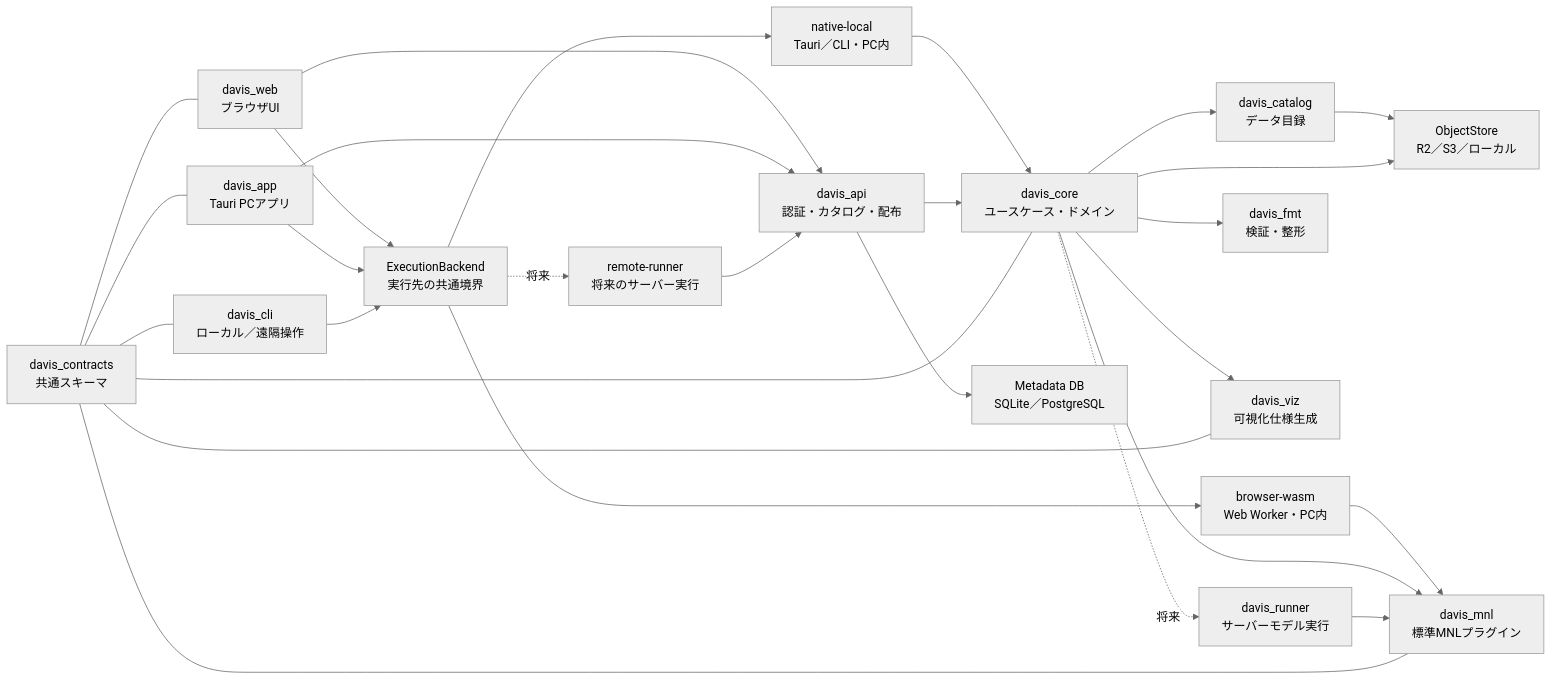
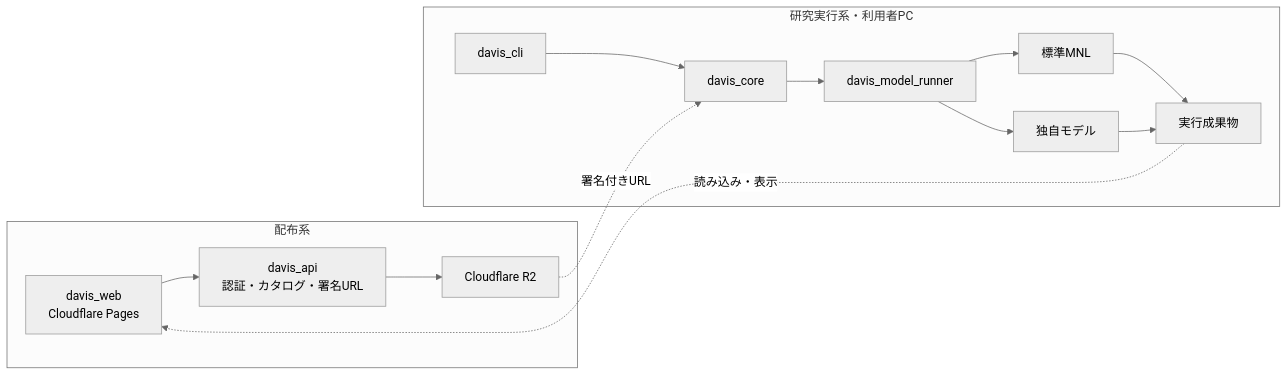
Before and after one commit to bin-utokyo/davis: the second of 2 diagrams in docs/davis-platform-concept.md, drawn with Mermaid (neutral theme). The commit also changed other lines of this file, not shown here.

````diff
--- a/docs/davis-platform-concept.md
+++ b/docs/davis-platform-concept.md
@@ -143,48 +196,24 @@
 ```mermaid
 flowchart LR
-    Web["davis_web<br/>ブラウザUI"]
-    App["davis_app<br/>Tauri PCアプリ"]
-    CLI["davis_cli<br/>ローカル／遠隔操作"]
-    Gateway["ExecutionBackend<br/>実行先の共通境界"]
-    Wasm["browser-wasm<br/>Web Worker・PC内"]
-    Native["native-local<br/>Tauri／CLI・PC内"]
-    Remote["remote-runner<br/>将来のサーバー実行"]
-    API["davis_api<br/>認証・カタログ・配布"]
-    Core["davis_core<br/>ユースケース・ドメイン"]
-    Contracts["davis_contracts<br/>共通スキーマ"]
-    Catalog["davis_catalog<br/>データ目録"]
-    Fmt["davis_fmt<br/>検証・整形"]
-    MNL["davis_mnl<br/>標準MNLプラグイン"]
-    Viz["davis_viz<br/>可視化仕様生成"]
-    Runner["davis_runner<br/>サーバーモデル実行"]
-    Store["ObjectStore<br/>R2／S3／ローカル"]
-    Meta["Metadata DB<br/>SQLite／PostgreSQL"]
+    subgraph Cloud["配布系"]
+        Web["davis_web<br/>Cloudflare Pages"]
+        API["davis_api<br/>認証・カタログ・署名URL"]
+        R2["Cloudflare R2"]
+        Web --> API --> R2
+    end
 
-    Web --> API
-    App --> API
-    Web --> Gateway
-    App --> Gateway
-    CLI --> Gateway
-    Gateway --> Wasm
-    Gateway --> Native
-    Gateway -. "将来" .-> Remote
-    Wasm --> MNL
-    Native --> Core
-    Remote --> API
-    API --> Core
-    Core --> Catalog
-    Core --> Fmt
-    Core --> MNL
-    Core -. "将来" .-> Runner
-    Runner --> MNL
-    Core --> Viz
-    Catalog --> Store
-    Core --> Store
-    API --> Meta
-    Contracts --- Web
-    Contracts --- App
-    Contracts --- CLI
-    Contracts --- Core
-    Contracts --- MNL
-    Contracts --- Viz
+    subgraph Local["研究実行系・利用者PC"]
+        CLI["davis_cli"]
+        Core["davis_core"]
+        Runner["davis_model_runner"]
+        ModelA["標準MNL"]
+        ModelB["独自モデル"]
+        Artifacts["実行成果物"]
+        CLI --> Core --> Runner
+        Runner --> ModelA --> Artifacts
+        Runner --> ModelB --> Artifacts
+    end
+
+    R2 -. "署名付きURL" .-> Core
+    Artifacts -. "読み込み・表示" .-> Web
 ```
````
